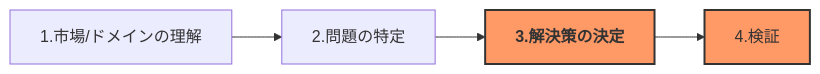
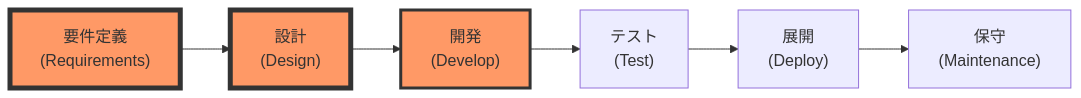
The first of 2 diagrams in 2024/4_architecture_for_technology_solution_1/README.md (Creative-Cucumbers/solution-design-with-technology), drawn with Mermaid before and after one commit. The commit also changed other lines of this file and 10 other files, not shown here.

Commit message:
Update architecture for technology solution 1

````diff
--- a/2024/4_architecture_for_technology_solution_1/README.md
+++ b/2024/4_architecture_for_technology_solution_1/README.md
@@ -34,11 +58,13 @@
 ```mermaid
 graph LR
-    A[1.市場/ドメインの理解] --> B[2.問題の特定]
-    B --> C[<b>3.解決策の決定</b>]
-    C --> D[4.検証]
+    A["要件定義<br>(Requirements)"] --> B["設計<br>(Design)"]
+    B --> C["開発<br>(Develop)"]
+    C --> D["テスト<br>(Test)"]
+    D --> E["展開<br>(Deploy)"]
+    E --> F["保守<br>(Maintenance)"]
     
-style C fill:#f96,stroke:#333,stroke-width:2px;
-style D fill:#f96,stroke:#333,stroke-width:2px;
-
+style A fill:#f96,stroke:#333,stroke-width:5px;
+style B fill:#f96,stroke:#333,stroke-width:5px;
+style C fill:#f96,stroke:#333,stroke-width:3px;
 
 ```
````
